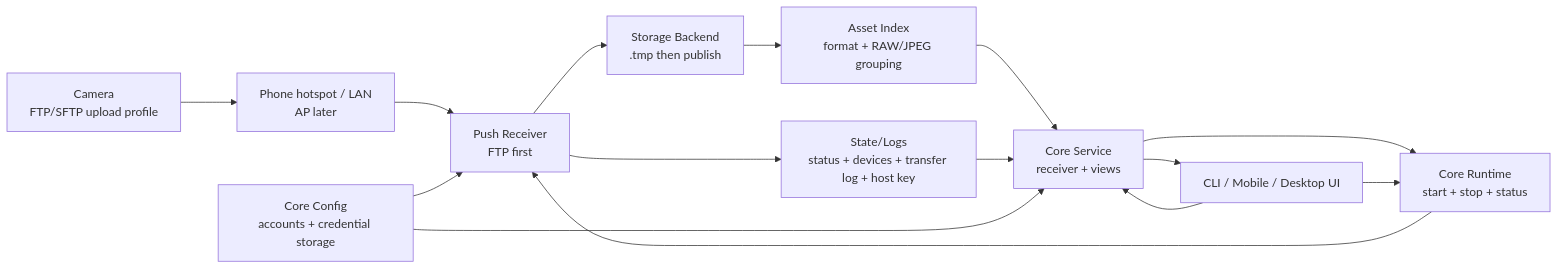
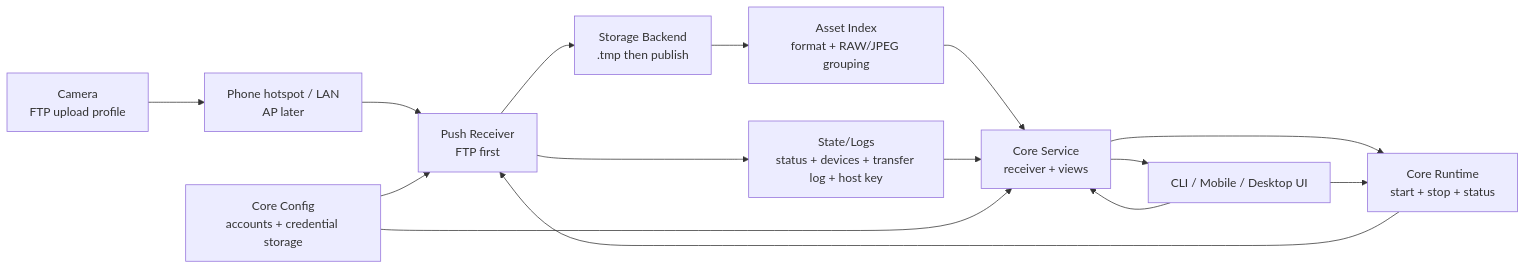
Before and after one commit to CrazyNB/camera_connector: the diagram in docs/product/PRD.md, drawn with Mermaid. The commit also changed other lines of this file and 55 other files, not shown here.

````diff
--- a/docs/product/PRD.md
+++ b/docs/product/PRD.md
@@ -172,21 +179,21 @@
 ```mermaid
 flowchart LR
-  Camera["Camera\nFTP/SFTP upload profile"]
+  Camera["Camera\nFTP upload profile"]
   Network["Phone hotspot / LAN\nAP later"]
   Receiver["Push Receiver\nFTP first"]
   Sink["Storage Backend\n.tmp then publish"]
   State["State/Logs\nstatus + devices + transfer log + host key"]
   Index["Asset Index\nformat + RAW/JPEG grouping"]
   CoreConfig["Core Config\naccounts + credential storage"]
   Service["Core Service\nreceiver + views"]
   Runtime["Core Runtime\nstart + stop + status"]
   UI["CLI / Mobile / Desktop UI"]
 
   Camera --> Network --> Receiver --> Sink --> Index --> Service --> UI
   Receiver --> State --> Service
   CoreConfig --> Receiver
   CoreConfig --> Service
   Service --> Runtime --> Receiver
   UI --> Service
   UI --> Runtime
 ```
````
